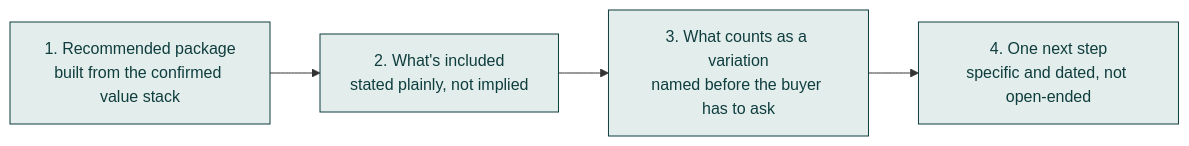
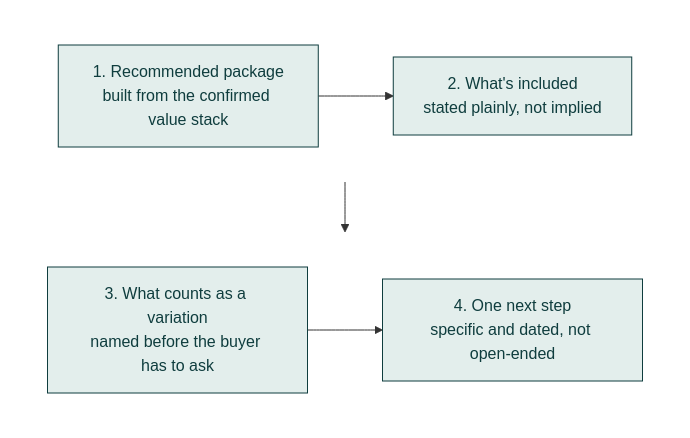
One commit to bcode73/samsec-sales-skill changed the diagram in Sales-Blueprint/visuals/diagrams/figure-7.1-offer-builder.mmd. Above: the diagram before and after it, drawn with Mermaid. The commit also changed 6 other files, not shown here.

First line of the commit message:
Fix diagram proportions: 7 diagrams were rendering as flat ribbons

```diff
--- a/Sales-Blueprint/visuals/diagrams/figure-7.1-offer-builder.mmd
+++ b/Sales-Blueprint/visuals/diagrams/figure-7.1-offer-builder.mmd
@@ -1,10 +1,18 @@
 %% Figure 7.1: The Offer Builder
 %% Placement: manuscript/part-02-blueprint-framework/module-07-present-the-offer.md
 %% Caption: Figure 7.1: a well-built offer has four parts, in a fixed order.
-flowchart LR
-    A["1. Recommended package\nbuilt from the confirmed value stack"] --> B["2. What's included\nstated plainly, not implied"]
-    B --> C["3. What counts as a variation\nnamed before the buyer has to ask"]
-    C --> D["4. One next step\nspecific and dated, not open-ended"]
+flowchart TD
+    subgraph Row1 [" "]
+        direction LR
+        A["1. Recommended package\nbuilt from the confirmed value stack"] --> B["2. What's included\nstated plainly, not implied"]
+    end
+    subgraph Row2 [" "]
+        direction LR
+        C["3. What counts as a variation\nnamed before the buyer has to ask"] --> D["4. One next step\nspecific and dated, not open-ended"]
+    end
+    B --> C
 
     classDef part fill:#E3EEEC,stroke:#0F3D3E,color:#0F3D3E;
     class A,B,C,D part;
+    style Row1 fill:transparent,stroke:transparent
+    style Row2 fill:transparent,stroke:transparent
```
